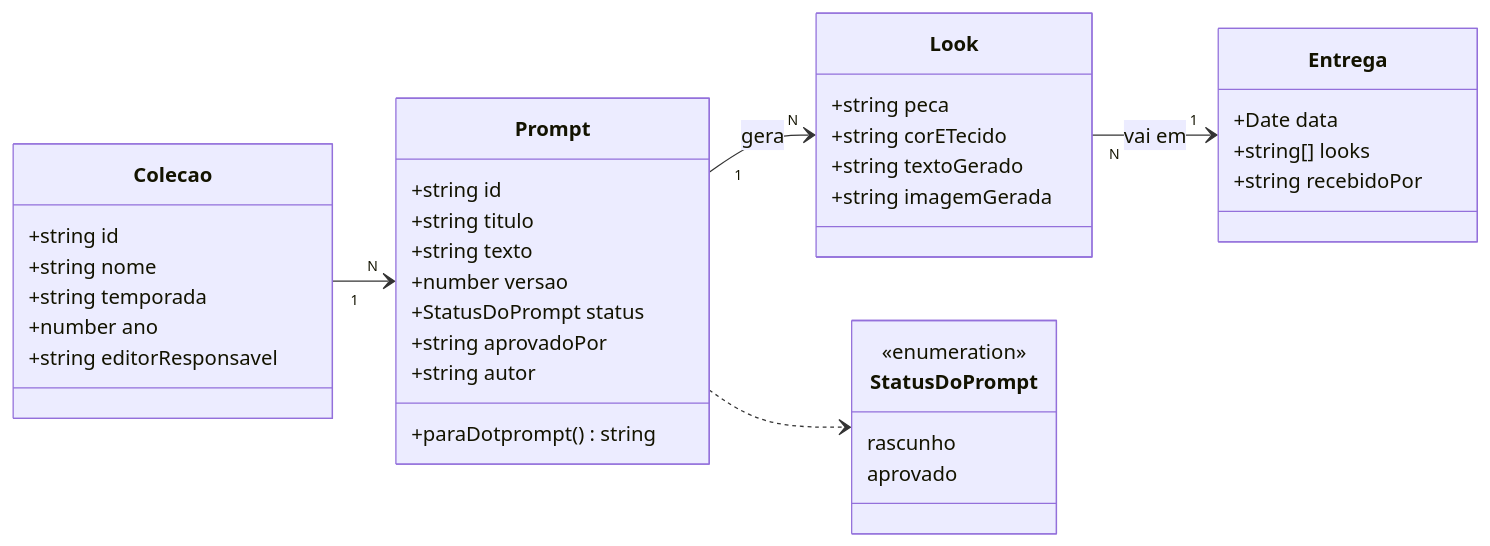
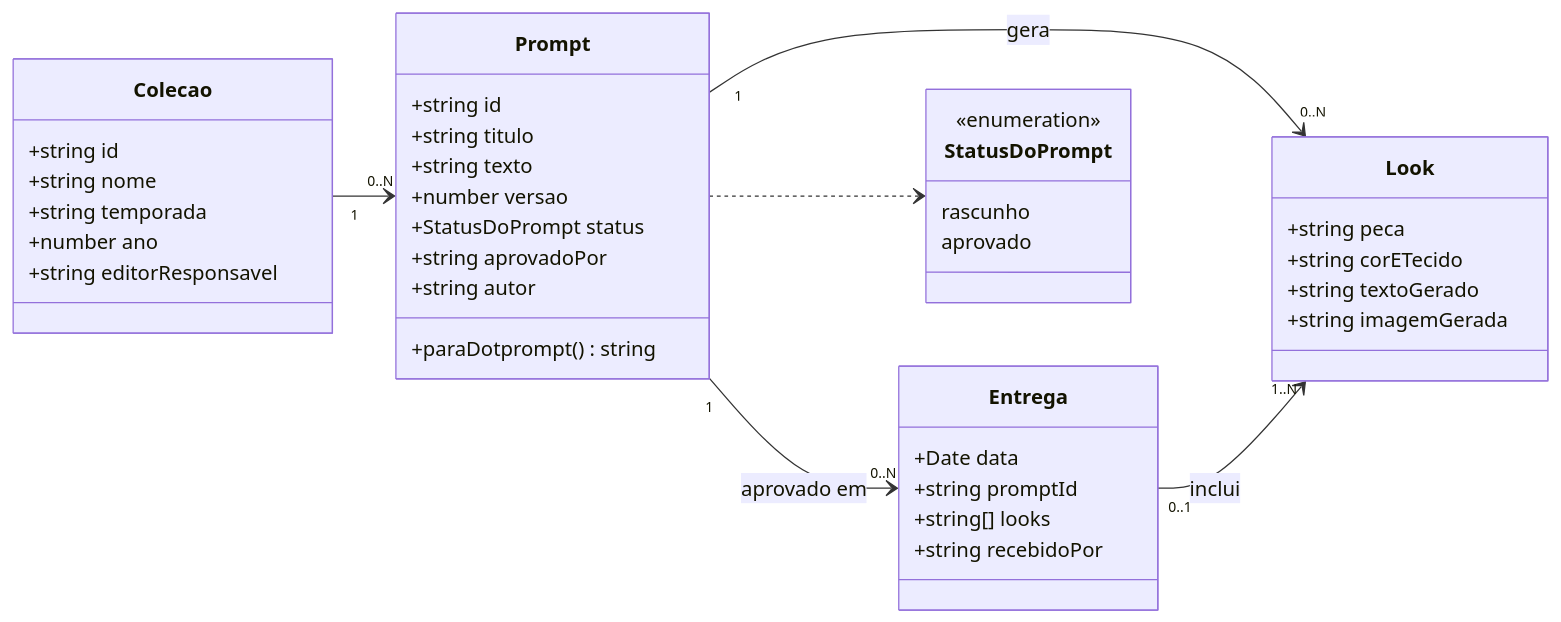
Before and after one commit to Silverbullet-live/gerenciador-prompts: the second of 3 diagrams in docs/03-classes.md, drawn with Mermaid. The commit also changed other lines of this file and 5 other files, not shown here.

First line of the commit message:
Entrega exige ao menos um look; sequência H01 com parâmetros reais

````diff
--- a/docs/03-classes.md
+++ b/docs/03-classes.md
@@ -24,41 +24,43 @@
 ```mermaid
 classDiagram
     direction LR
     class Colecao {
         +string id
         +string nome
         +string temporada
         +number ano
         +string editorResponsavel
     }
     class Prompt {
         +string id
         +string titulo
         +string texto
         +number versao
         +StatusDoPrompt status
         +string aprovadoPor
         +string autor
         +paraDotprompt() string
     }
     class Look {
         +string peca
         +string corETecido
         +string textoGerado
         +string imagemGerada
     }
     class Entrega {
         +Date data
+        +string promptId
         +string[] looks
         +string recebidoPor
     }
     class StatusDoPrompt {
         <<enumeration>>
         rascunho
         aprovado
     }
-    Colecao "1" --> "N" Prompt
-    Prompt "1" --> "N" Look : gera
-    Look "N" --> "1" Entrega : vai em
+    Colecao "1" --> "0..N" Prompt
+    Prompt "1" --> "0..N" Look : gera
+    Prompt "1" --> "0..N" Entrega : aprovado em
+    Entrega "0..1" --> "1..N" Look : inclui
     Prompt ..> StatusDoPrompt
 ```
````
